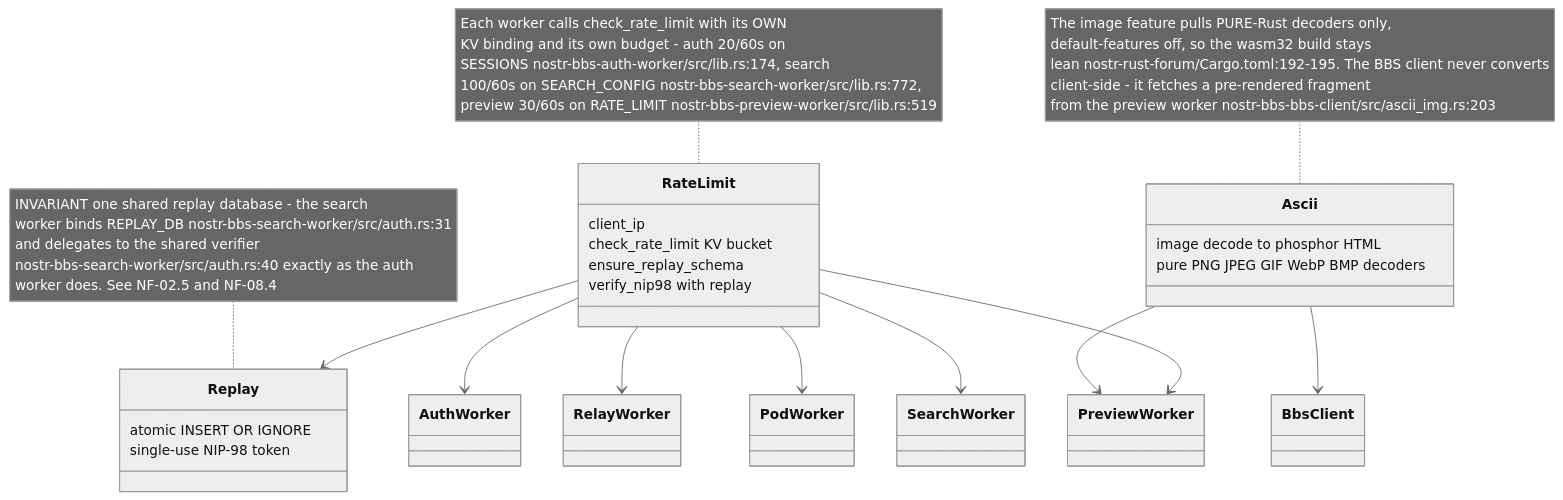
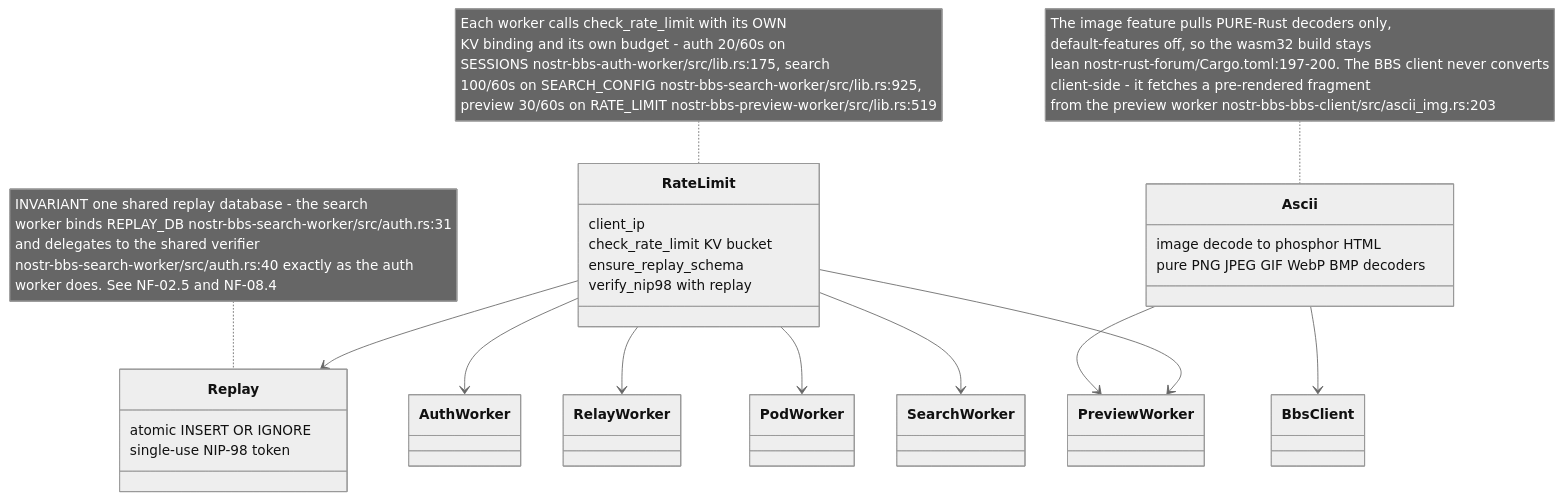
One commit to DreamLab-AI/VisionFlow changed the eighth of 9 diagrams in docs/diagrams/nostr-rust-forum/07-search-preview-and-shared-worker-utilities.md. Above: the diagram before and after it, drawn with Mermaid (neutral theme). The commit also changed other lines of this file and 160 other files, not shown here.

````diff
--- a/docs/diagrams/nostr-rust-forum/07-search-preview-and-shared-worker-utilities.md
+++ b/docs/diagrams/nostr-rust-forum/07-search-preview-and-shared-worker-utilities.md
@@ -201,29 +204,29 @@
 ```mermaid
 classDiagram
     class RateLimit {
         client_ip
         check_rate_limit KV bucket
         ensure_replay_schema
         verify_nip98 with replay
     }
     class Replay {
         atomic INSERT OR IGNORE
         single-use NIP-98 token
     }
     class Ascii {
         image decode to phosphor HTML
         pure PNG JPEG GIF WebP BMP decoders
     }
     RateLimit --> Replay
     Ascii --> PreviewWorker
     Ascii --> BbsClient
     RateLimit --> AuthWorker
     RateLimit --> RelayWorker
     RateLimit --> PodWorker
     RateLimit --> SearchWorker
     RateLimit --> PreviewWorker
 
-    note for RateLimit "Each worker calls check_rate_limit with its OWN<br/>KV binding and its own budget - auth 20/60s on<br/>SESSIONS nostr-bbs-auth-worker/src/lib.rs:174, search<br/>100/60s on SEARCH_CONFIG nostr-bbs-search-worker/src/lib.rs:772,<br/>preview 30/60s on RATE_LIMIT nostr-bbs-preview-worker/src/lib.rs:519"
+    note for RateLimit "Each worker calls check_rate_limit with its OWN<br/>KV binding and its own budget - auth 20/60s on<br/>SESSIONS nostr-bbs-auth-worker/src/lib.rs:175, search<br/>100/60s on SEARCH_CONFIG nostr-bbs-search-worker/src/lib.rs:925,<br/>preview 30/60s on RATE_LIMIT nostr-bbs-preview-worker/src/lib.rs:519"
     note for Replay "INVARIANT one shared replay database - the search<br/>worker binds REPLAY_DB nostr-bbs-search-worker/src/auth.rs:31<br/>and delegates to the shared verifier<br/>nostr-bbs-search-worker/src/auth.rs:40 exactly as the auth<br/>worker does. See NF-02.5 and NF-08.4"
-    note for Ascii "The image feature pulls PURE-Rust decoders only,<br/>default-features off, so the wasm32 build stays<br/>lean nostr-rust-forum/Cargo.toml:192-195. The BBS client never converts<br/>client-side - it fetches a pre-rendered fragment<br/>from the preview worker nostr-bbs-bbs-client/src/ascii_img.rs:203"
+    note for Ascii "The image feature pulls PURE-Rust decoders only,<br/>default-features off, so the wasm32 build stays<br/>lean nostr-rust-forum/Cargo.toml:197-200. The BBS client never converts<br/>client-side - it fetches a pre-rendered fragment<br/>from the preview worker nostr-bbs-bbs-client/src/ascii_img.rs:203"
 ```
````
